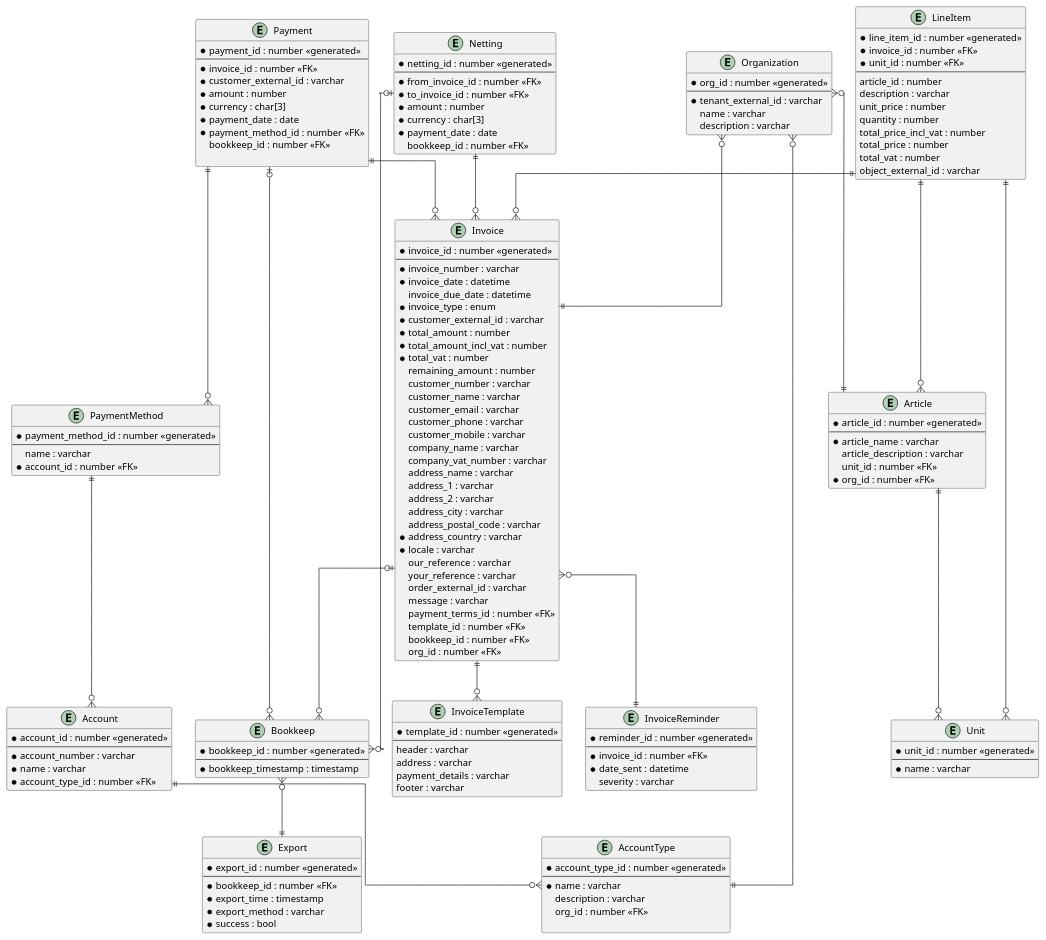
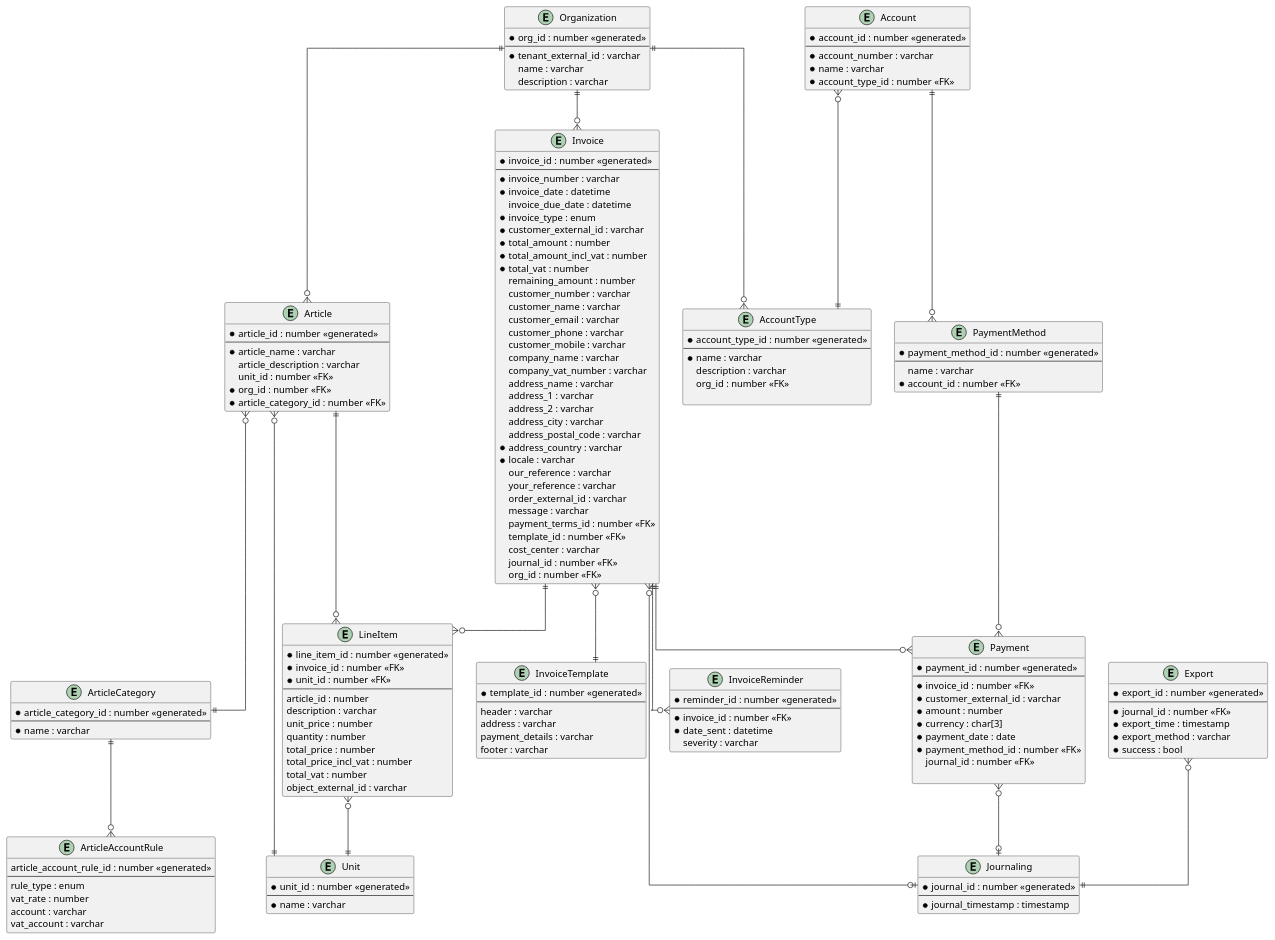
Before and after one commit to barnebys/financemoduledesign: the diagram in datamodel.puml, drawn with PlantUML.

Commit message:
Inverting all crow's feet notation since I got it wrong before.
Adding Article Category and Article Category Rules.
Removing Netting, since it's not fully thought through.

```diff
--- a/datamodel.puml
+++ b/datamodel.puml
@@ -1,187 +1,194 @@
 @startuml
 ' hide the spot
 ' hide circle
 ' avoid problems with angled crows feet
 skinparam linetype ortho
 
 entity "Organization" as org {
   *org_id : number <<generated>>
   --
   *tenant_external_id : varchar
   name : varchar
   description : varchar
 }
 
-entity "Bookkeep" as book {
-    *bookkeep_id : number <<generated>>
+entity "Journaling" as jour {
+    *journal_id : number <<generated>>
     --
-    *bookkeep_timestamp : timestamp
+    *journal_timestamp : timestamp
 }
 
 entity "Export" as exp {
     *export_id : number <<generated>>
     --
-    *bookkeep_id : number <<FK>>
+    *journal_id : number <<FK>>
     *export_time : timestamp
     *export_method : varchar
     *success : bool
 }
 
 entity "Invoice" as inv {
   *invoice_id : number <<generated>>
   --
   *invoice_number : varchar
   *invoice_date : datetime
   invoice_due_date : datetime
   *invoice_type : enum
   *customer_external_id : varchar
   *total_amount : number
   *total_amount_incl_vat : number
   *total_vat : number
   remaining_amount : number
   customer_number : varchar
   customer_name : varchar
   customer_email : varchar
   customer_phone : varchar
   customer_mobile : varchar
   company_name : varchar
   company_vat_number : varchar
   address_name : varchar
   address_1 : varchar
   address_2 : varchar
   address_city : varchar
   address_postal_code : varchar
   *address_country : varchar
   *locale : varchar
   our_reference : varchar
   your_reference : varchar
   order_external_id : varchar
   message : varchar
   payment_terms_id : number <<FK>>
   template_id : number <<FK>>
-  bookkeep_id : number <<FK>>
+  cost_center : varchar
+  journal_id : number <<FK>>
   org_id : number <<FK>>
 }
 
 entity "InvoiceReminder" as invRem {
     *reminder_id : number <<generated>>
     --
     *invoice_id : number <<FK>>
     *date_sent : datetime
     severity : varchar
 }
 
 
 entity "LineItem" as li {
   *line_item_id : number <<generated>>
   *invoice_id : number <<FK>>
   *unit_id : number <<FK>>
   --
   article_id : number
   description : varchar
   unit_price : number
   quantity : number
+  total_price : number
   total_price_incl_vat : number
-  total_price : number
   total_vat : number
   object_external_id : varchar
 }
 
 entity "Article" as art {
   *article_id : number <<generated>>
   --
   *article_name : varchar
   article_description : varchar
   unit_id : number <<FK>>
   *org_id : number <<FK>>
+  *article_category_id : number <<FK>>
+}
+
+entity "ArticleCategory" as artCat {
+   *article_category_id : number <<generated>>
+   --
+   *name : varchar 
+}
+
+entity "ArticleAccountRule" as aar {
+    article_account_rule_id : number <<generated>>
+    --
+    rule_type : enum
+    vat_rate : number
+    account : varchar
+    vat_account : varchar
 }
 
 entity "Unit" as unit {
     *unit_id : number <<generated>>
     --
     *name : varchar
 }
 
 entity "Payment" as p {
   *payment_id : number <<generated>>
   --
   *invoice_id : number <<FK>>
   *customer_external_id : varchar
   *amount : number
   *currency : char[3]
   *payment_date : date
   *payment_method_id : number <<FK>>
-  bookkeep_id : number <<FK>>
+  journal_id : number <<FK>>
 
-}
-
-entity "Netting" as net {
-    *netting_id : number <<generated>>
-    --
-    *from_invoice_id : number <<FK>>
-    *to_invoice_id : number <<FK>>
-    *amount : number
-    *currency : char[3]
-    *payment_date : date
-    bookkeep_id : number <<FK>>
 }
 
 entity "PaymentMethod" as pm {
     *payment_method_id : number <<generated>>
     --
     name : varchar
     *account_id : number <<FK>>
 }
 
 entity "Account" as acc {
     *account_id : number <<generated>>
     --
     *account_number : varchar
     *name : varchar
     *account_type_id : number <<FK>>
 }
 
 entity "AccountType" as accType {
     *account_type_id : number <<generated>>
     --
     *name : varchar
     description : varchar
     org_id : number <<FK>>
     
 }
 
 entity "InvoiceTemplate" as invTemp {
     *template_id : number <<generated>>
     --
     header : varchar
     address : varchar
     payment_details : varchar
     footer : varchar
 }
 
-org }o--|| inv
-org }o--|| art
-org }o--|| accType
+org ||--o{ inv
+org ||--o{ art
+org ||--o{ accType
 
+inv ||--o{ li
+art ||--o{ li
 
+inv ||--o{ p
+pm ||--o{ p
 
-li ||--o{ inv
-li ||--o{ art
-p ||--o{ inv
-p ||--o{ pm
-pm ||--o{ acc
-net ||--o{ inv
-acc ||--o{ accType
-inv ||--o{ invTemp
-inv }o--|| invRem
-li ||--o{ unit
-art ||--o{ unit
+acc ||--o{ pm
+acc }o--|| accType
+inv }o--|| invTemp
+inv ||--o{ invRem
 
-inv |o--o{ book
-p |o--o{ book
-net |o--o{ book
+li }o--|| unit
+art }o--|| unit
 
-book }o--|| exp
+inv }o--o| jour
+p }o--o| jour
+
+exp }o--|| jour
+art }o--|| artCat
+artCat ||--o{ aar
 
 
 @enduml
```
